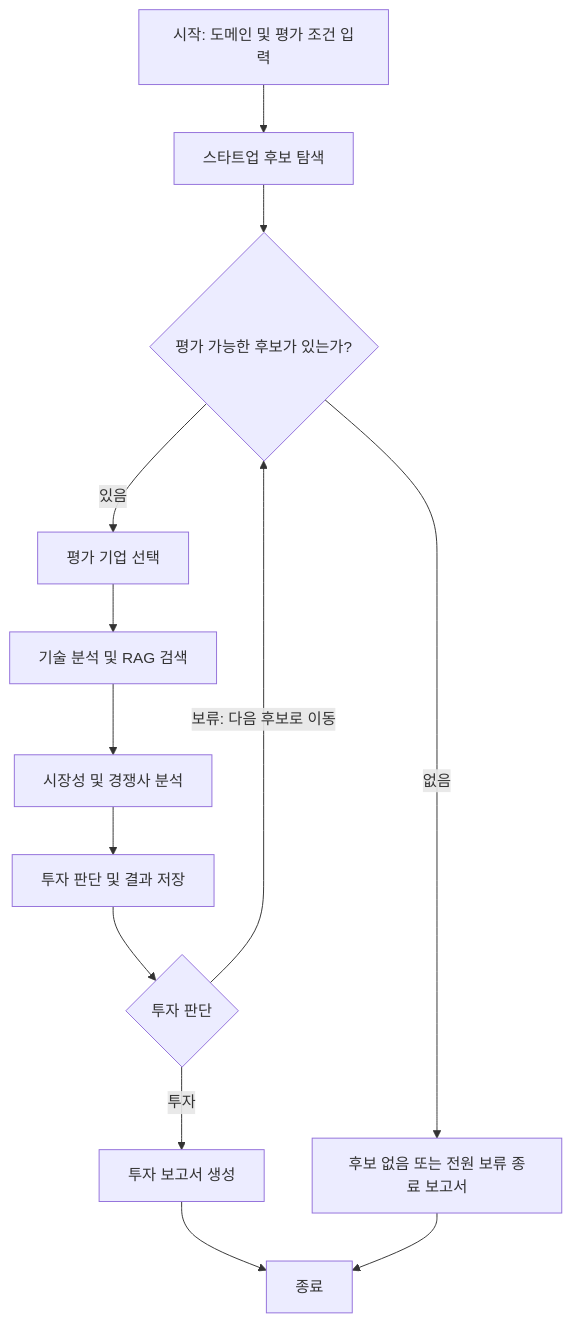
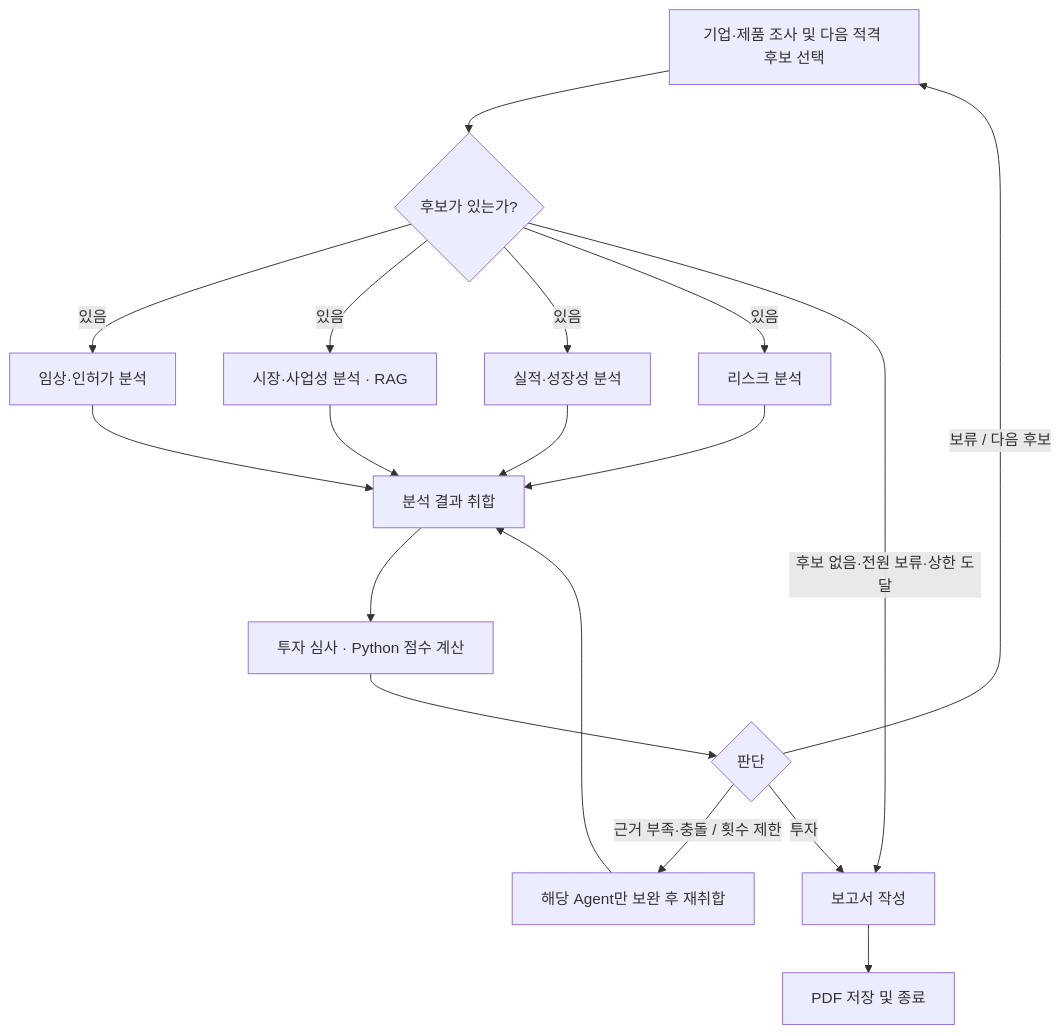
One commit to halyn1130/MedAI-Agent changed the diagram in README.md. Above: the diagram before and after it, drawn with Mermaid. The commit also changed other lines of this file and 5 other files, not shown here.

````diff
--- a/README.md
+++ b/README.md
@@ -50,15 +56,20 @@
 ```mermaid
 flowchart TD
-    A[시작: 도메인 및 평가 조건 입력] --> B[스타트업 후보 탐색]
-    B --> C{평가 가능한 후보가 있는가?}
-    C -->|있음| D[평가 기업 선택]
-    C -->|없음| J[후보 없음 또는 전원 보류 종료 보고서]
-    D --> E[기술 분석 및 RAG 검색]
-    E --> F[시장성 및 경쟁사 분석]
-    F --> G[투자 판단 및 결과 저장]
-    G --> H{투자 판단}
-    H -->|보류: 다음 후보로 이동| C
-    H -->|투자| I[투자 보고서 생성]
-    I --> K[종료]
-    J --> K
+    A[기업·제품 조사 및 다음 적격 후보 선택] --> B{후보가 있는가?}
+    B -->|있음| C[임상·인허가 분석]
+    B -->|있음| M[시장·사업성 분석 · RAG]
+    B -->|있음| P[실적·성장성 분석]
+    B -->|있음| K[리스크 분석]
+    C --> J[분석 결과 취합]
+    M --> J
+    P --> J
+    K --> J
+    J --> I[투자 심사 · Python 점수 계산]
+    I --> D{판단}
+    D -->|근거 부족·충돌 / 횟수 제한| R[해당 Agent만 보완 후 재취합]
+    R --> J
+    D -->|보류 / 다음 후보| A
+    D -->|투자| W[보고서 작성]
+    B -->|후보 없음·전원 보류·상한 도달| W
+    W --> O[PDF 저장 및 종료]
 ```
````
